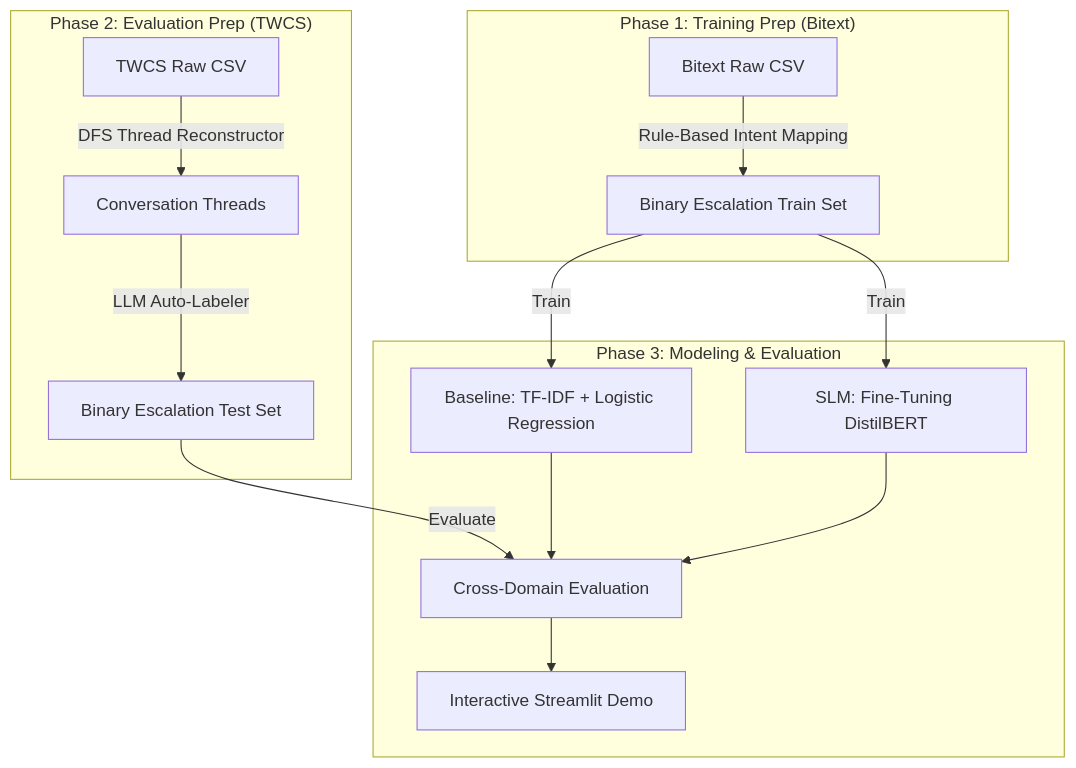
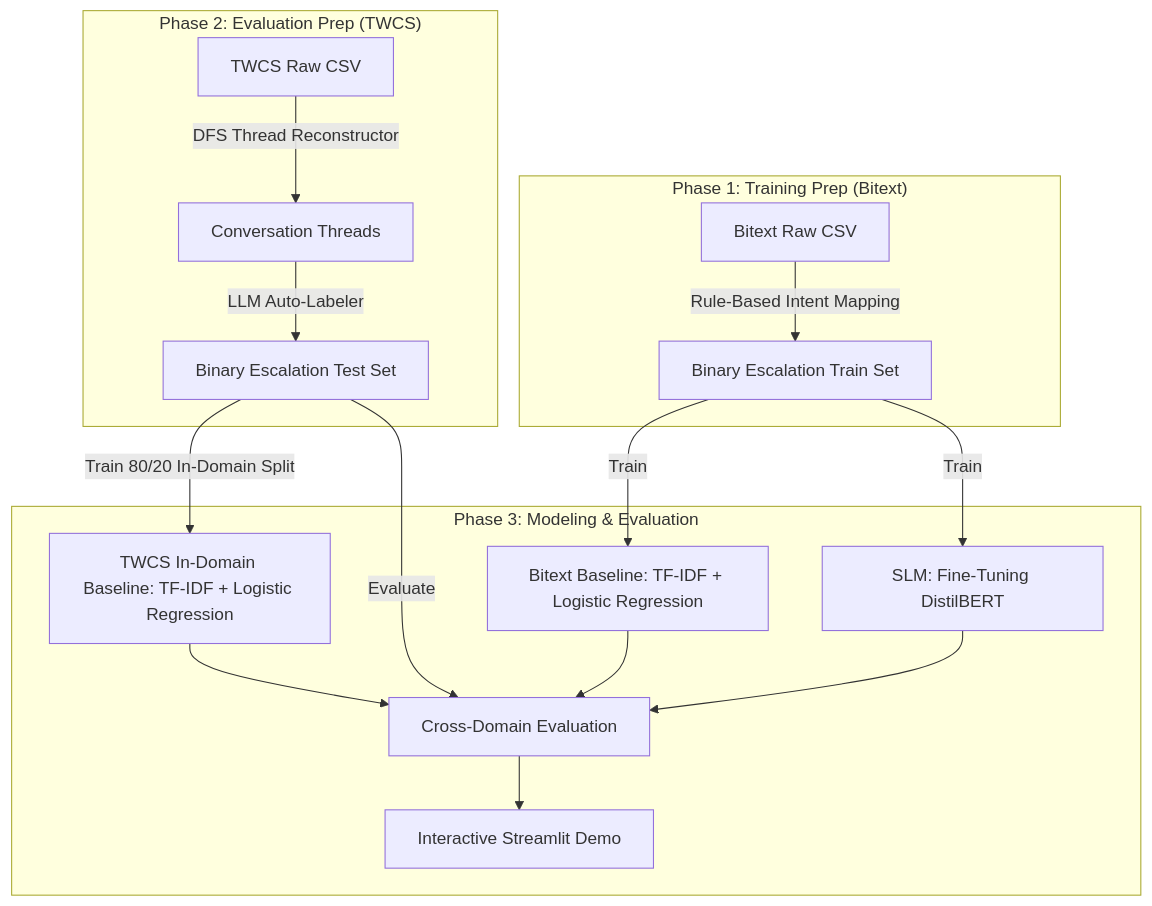
One commit to weirui828/human-loop changed the diagram in README.md. Above: the diagram before and after it, drawn with Mermaid.

Commit message:
update README diagram to include TWCS in-domain baseline

````diff
--- a/README.md
+++ b/README.md
@@ -40,20 +40,22 @@
 ```mermaid
 graph TD
     subgraph P1["Phase 1: Training Prep (Bitext)"]
         A1[Bitext Raw CSV] -->|Rule-Based Intent Mapping| B1[Binary Escalation Train Set]
     end
 
     subgraph P2["Phase 2: Evaluation Prep (TWCS)"]
         A2[TWCS Raw CSV] -->|DFS Thread Reconstructor| B2[Conversation Threads]
         B2 -->|LLM Auto-Labeler| C2[Binary Escalation Test Set]
     end
 
     subgraph P3["Phase 3: Modeling & Evaluation"]
-        B1 -->|Train| D[Baseline: TF-IDF + Logistic Regression]
+        B1 -->|Train| D[Bitext Baseline: TF-IDF + Logistic Regression]
         B1 -->|Train| E[SLM: Fine-Tuning DistilBERT]
+        C2 -->|Train 80/20 In-Domain Split| H[TWCS In-Domain Baseline: TF-IDF + Logistic Regression]
         C2 -->|Evaluate| F[Cross-Domain Evaluation]
         D --> F
         E --> F
+        H --> F
         F --> G[Interactive Streamlit Demo]
     end
 ```
````
